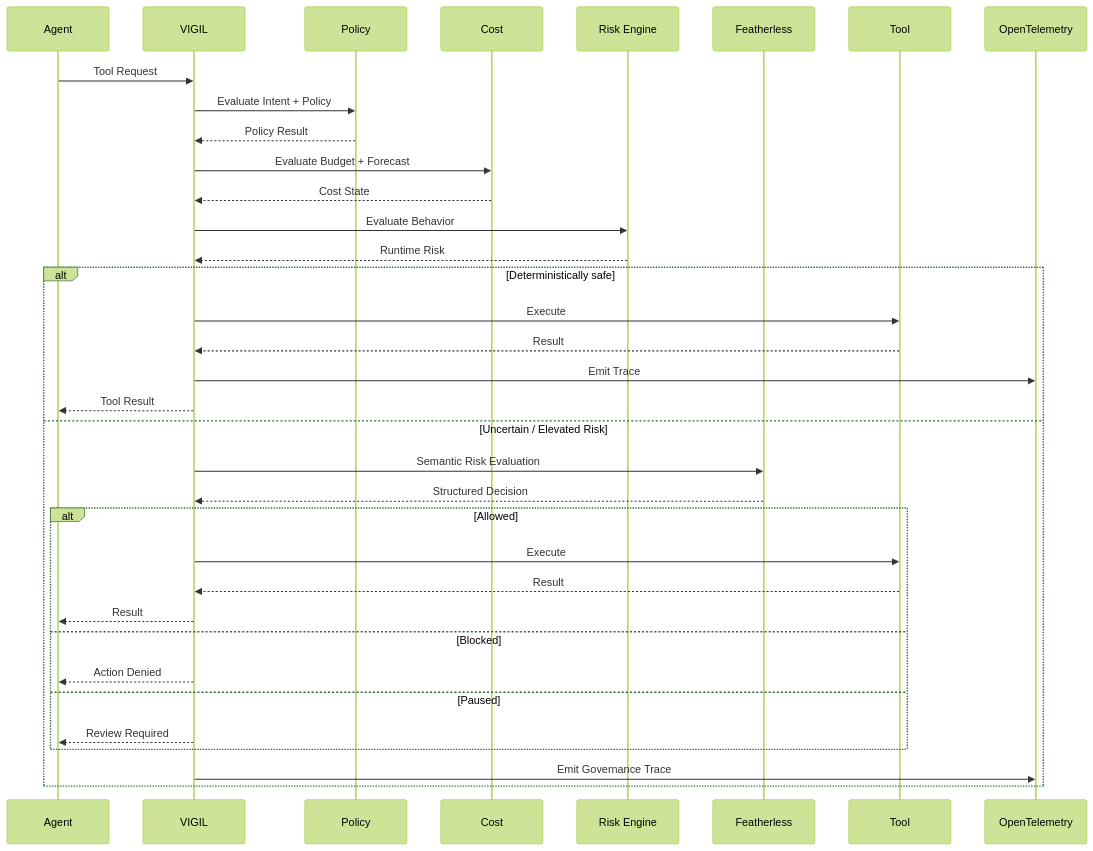
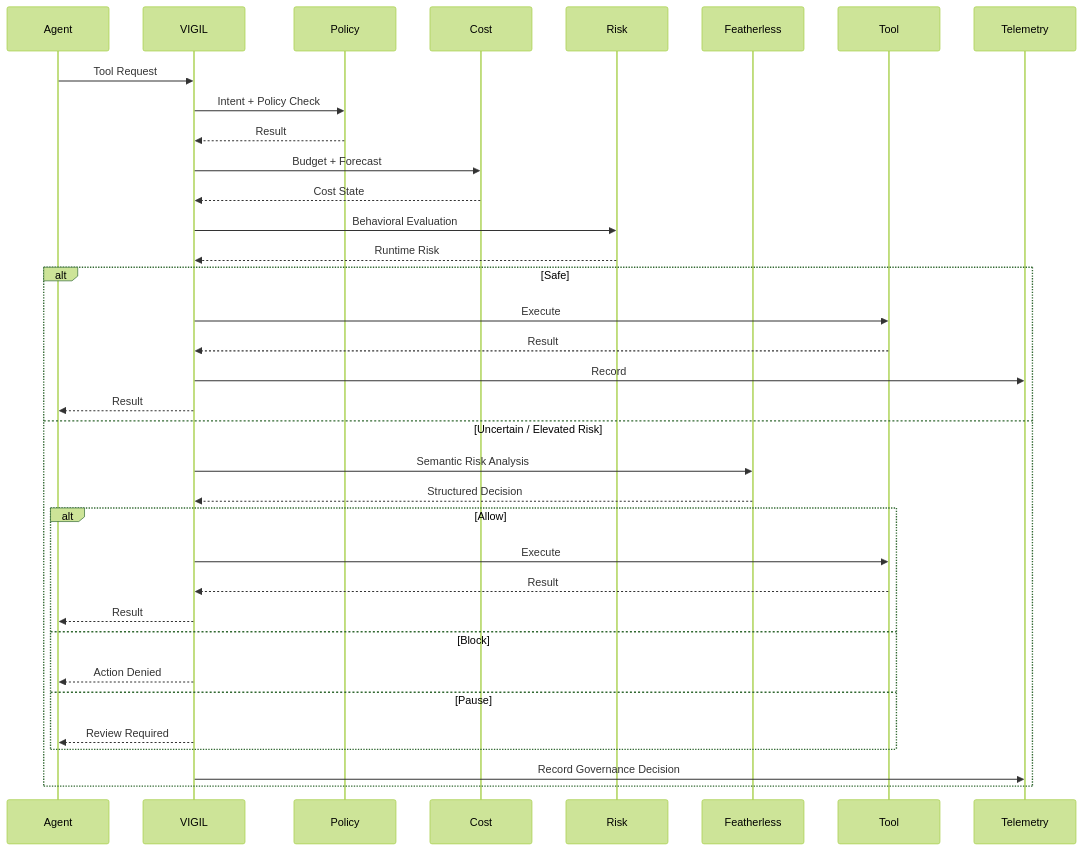
The fifth of 6 diagrams in README.md (LSUDOKO/Vigil), drawn with Mermaid (forest theme) before and after one commit. The commit also changed other lines of this file, not shown here.

````diff
--- a/README.md
+++ b/README.md
@@ -613,48 +640,48 @@
 ```mermaid
 sequenceDiagram
 
-    participant A as Agent
-    participant V as VIGIL
-    participant P as Policy
-    participant C as Cost
-    participant R as Risk Engine
-    participant F as Featherless
-    participant T as Tool
-    participant O as OpenTelemetry
+    participant Agent
+    participant VIGIL
+    participant Policy
+    participant Cost
+    participant Risk
+    participant Featherless
+    participant Tool
+    participant Telemetry
 
-    A->>V: Tool Request
+    Agent->>VIGIL: Tool Request
 
-    V->>P: Evaluate Intent + Policy
-    P-->>V: Policy Result
+    VIGIL->>Policy: Intent + Policy Check
+    Policy-->>VIGIL: Result
 
-    V->>C: Evaluate Budget + Forecast
-    C-->>V: Cost State
+    VIGIL->>Cost: Budget + Forecast
+    Cost-->>VIGIL: Cost State
 
-    V->>R: Evaluate Behavior
-    R-->>V: Runtime Risk
+    VIGIL->>Risk: Behavioral Evaluation
+    Risk-->>VIGIL: Runtime Risk
 
-    alt Deterministically safe
-        V->>T: Execute
-        T-->>V: Result
-        V->>O: Emit Trace
-        V-->>A: Tool Result
+    alt Safe
+        VIGIL->>Tool: Execute
+        Tool-->>VIGIL: Result
+        VIGIL->>Telemetry: Record
+        VIGIL-->>Agent: Result
 
     else Uncertain / Elevated Risk
-        V->>F: Semantic Risk Evaluation
-        F-->>V: Structured Decision
+        VIGIL->>Featherless: Semantic Risk Analysis
+        Featherless-->>VIGIL: Structured Decision
 
-        alt Allowed
-            V->>T: Execute
-            T-->>V: Result
-            V-->>A: Result
+        alt Allow
+            VIGIL->>Tool: Execute
+            Tool-->>VIGIL: Result
+            VIGIL-->>Agent: Result
 
-        else Blocked
-            V-->>A: Action Denied
+        else Block
+            VIGIL-->>Agent: Action Denied
 
-        else Paused
-            V-->>A: Review Required
+        else Pause
+            VIGIL-->>Agent: Review Required
         end
 
-        V->>O: Emit Governance Trace
+        VIGIL->>Telemetry: Record Governance Decision
     end
 ```
````
